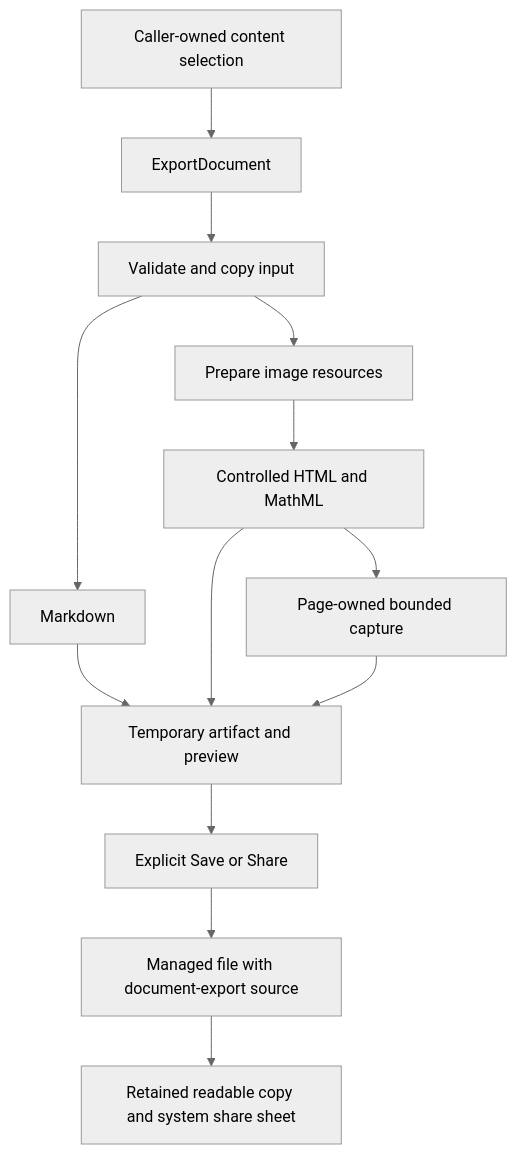
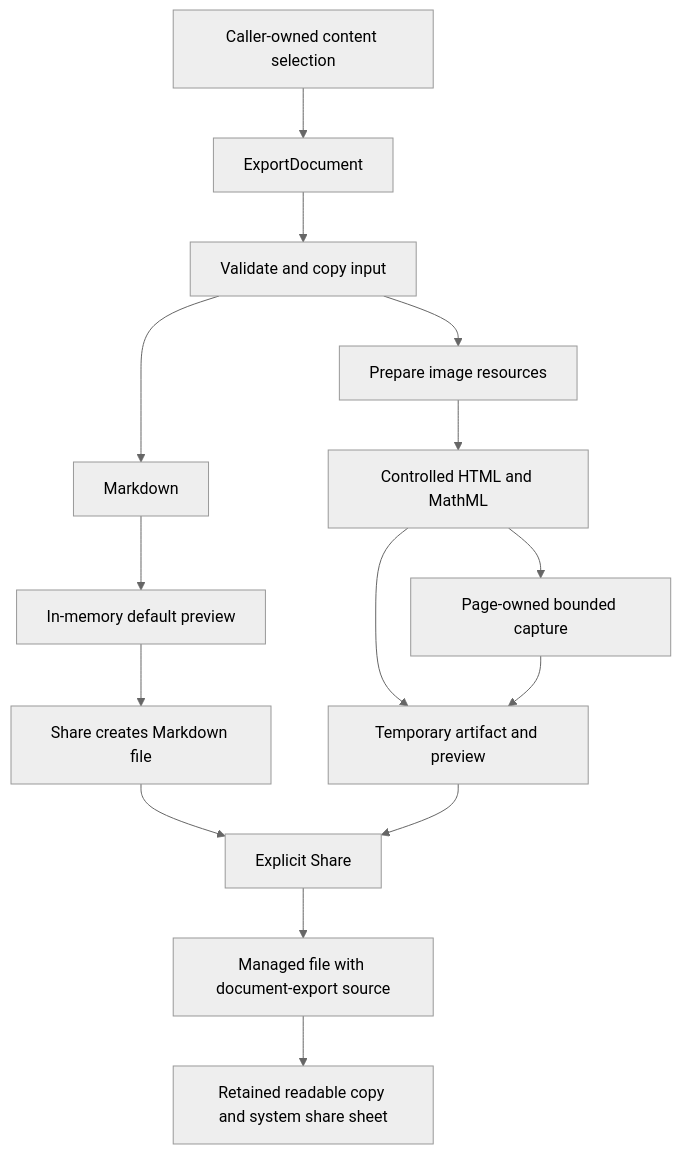
One commit to CherryHQ/cherry-studio-app changed the diagram in docs/references/document-export.md. Above: the diagram before and after it, drawn with Mermaid (neutral theme). The commit also changed other lines of this file and 30 other files, not shown here.

Commit message:
fix(chat-share): simplify preview and defer format conversion

````diff
--- a/docs/references/document-export.md
+++ b/docs/references/document-export.md
@@ -29,15 +29,17 @@
 ```mermaid
 flowchart TD
     Source[Caller-owned content selection] --> Document[ExportDocument]
     Document --> Normalize[Validate and copy input]
     Normalize --> Markdown[Markdown]
     Normalize --> Resources[Prepare image resources]
     Resources --> HTML[Controlled HTML and MathML]
     HTML --> Capture[Page-owned bounded capture]
-    Markdown --> Preview[Temporary artifact and preview]
-    HTML --> Preview
+    Markdown --> TextPreview[In-memory default preview]
+    HTML --> Preview[Temporary artifact and preview]
     Capture --> Preview
-    Preview --> Save[Explicit Save or Share]
+    TextPreview --> Materialize[Share creates Markdown file]
+    Materialize --> Save[Explicit Share]
+    Preview --> Save
     Save --> Library[Managed file with document-export source]
     Library --> Delivery[Retained readable copy and system share sheet]
 ```
````
